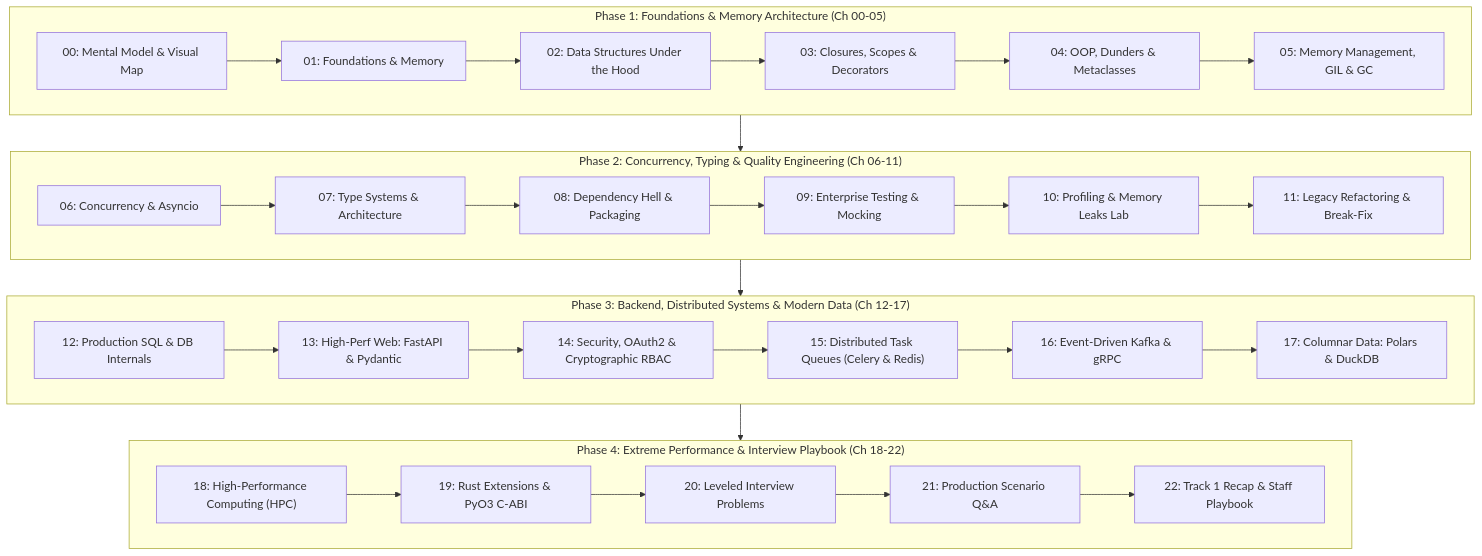
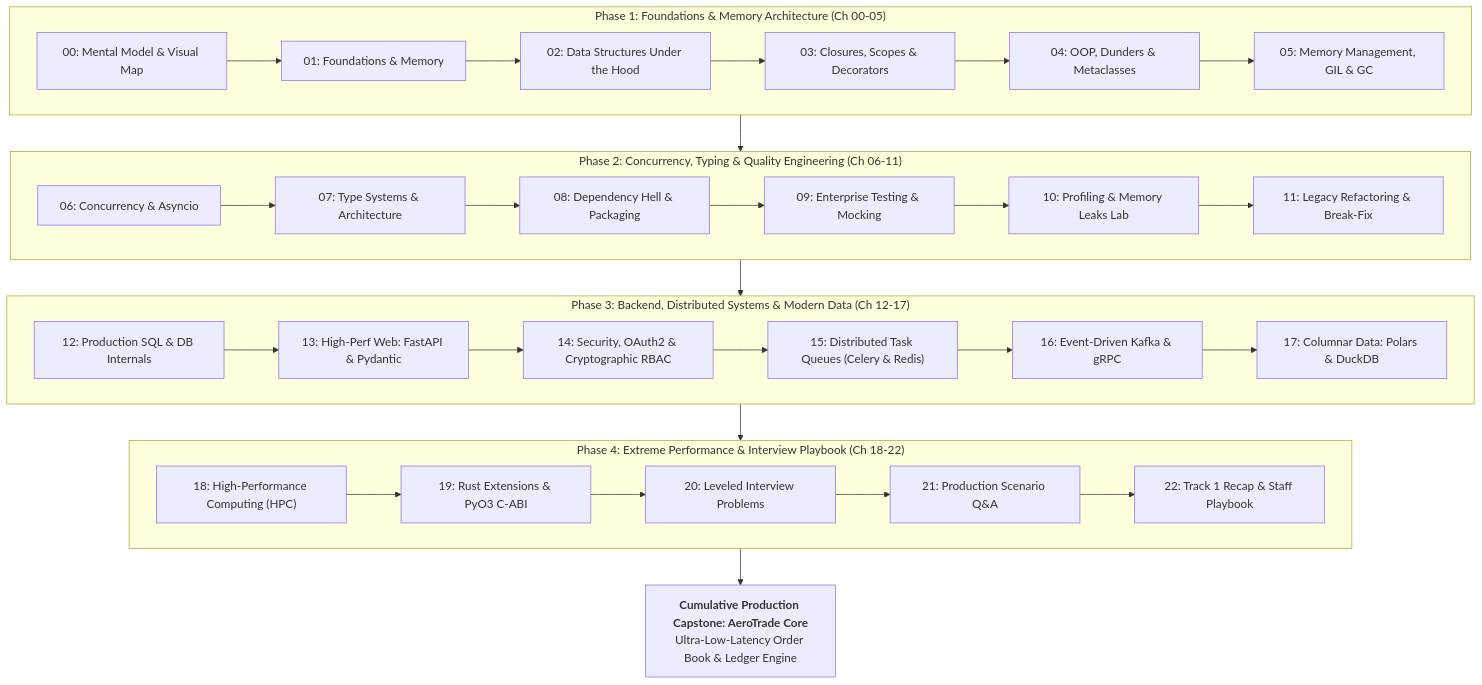
The fifth of 5 diagrams in 01-Python-Mastery/00-The-Python-Mental-Model-Visual-Map.md (reddykarthikeya1/AI-Systems-Mastery), drawn with Mermaid before and after one commit. The commit also changed other lines of this file and 43 other files, not shown here.

Commit message:
feat(python): elevate Track 1 to undisputed 10/10 with AeroTrade Core capstone and zero-friction execution

````diff
--- a/01-Python-Mastery/00-The-Python-Mental-Model-Visual-Map.md
+++ b/01-Python-Mastery/00-The-Python-Mental-Model-Visual-Map.md
@@ -229,35 +229,36 @@
 ```mermaid
 flowchart TD
     subgraph Phase1 ["Phase 1: Foundations & Memory Architecture (Ch 00-05)"]
         M0["00: Mental Model & Visual Map"] --> M1["01: Foundations & Memory"]
         M1 --> M2["02: Data Structures Under the Hood"]
         M2 --> M3["03: Closures, Scopes & Decorators"]
         M3 --> M4["04: OOP, Dunders & Metaclasses"]
         M4 --> M5["05: Memory Management, GIL & GC"]
     end
 
     subgraph Phase2 ["Phase 2: Concurrency, Typing & Quality Engineering (Ch 06-11)"]
         M6["06: Concurrency & Asyncio"] --> M7["07: Type Systems & Architecture"]
         M7 --> M8["08: Dependency Hell & Packaging"]
         M8 --> M9["09: Enterprise Testing & Mocking"]
         M9 --> M10["10: Profiling & Memory Leaks Lab"]
         M10 --> M11["11: Legacy Refactoring & Break-Fix"]
     end
 
     subgraph Phase3 ["Phase 3: Backend, Distributed Systems & Modern Data (Ch 12-17)"]
         M12["12: Production SQL & DB Internals"] --> M13["13: High-Perf Web: FastAPI & Pydantic"]
         M13 --> M14["14: Security, OAuth2 & Cryptographic RBAC"]
         M14 --> M15["15: Distributed Task Queues (Celery & Redis)"]
         M15 --> M16["16: Event-Driven Kafka & gRPC"]
         M16 --> M17["17: Columnar Data: Polars & DuckDB"]
     end
 
     subgraph Phase4 ["Phase 4: Extreme Performance & Interview Playbook (Ch 18-22)"]
         M18["18: High-Performance Computing (HPC)"] --> M19["19: Rust Extensions & PyO3 C-ABI"]
         M19 --> M20["20: Leveled Interview Problems"]
         M20 --> M21["21: Production Scenario Q&A"]
         M21 --> M22["22: Track 1 Recap & Staff Playbook"]
     end
 
     Phase1 --> Phase2 --> Phase3 --> Phase4
+    Phase4 --> Capstone["<b>Cumulative Production Capstone: AeroTrade Core</b><br/>Ultra-Low-Latency Order Book & Ledger Engine"]
 ```
````
